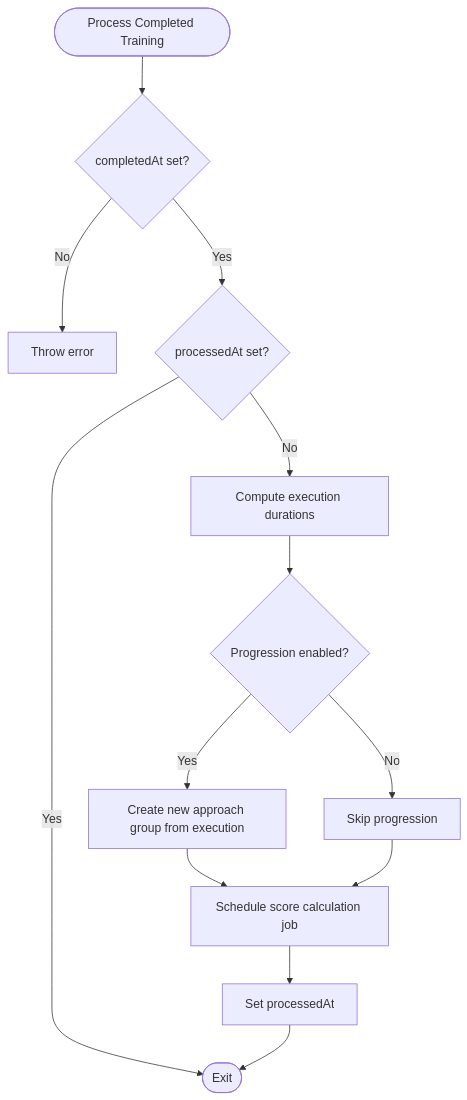
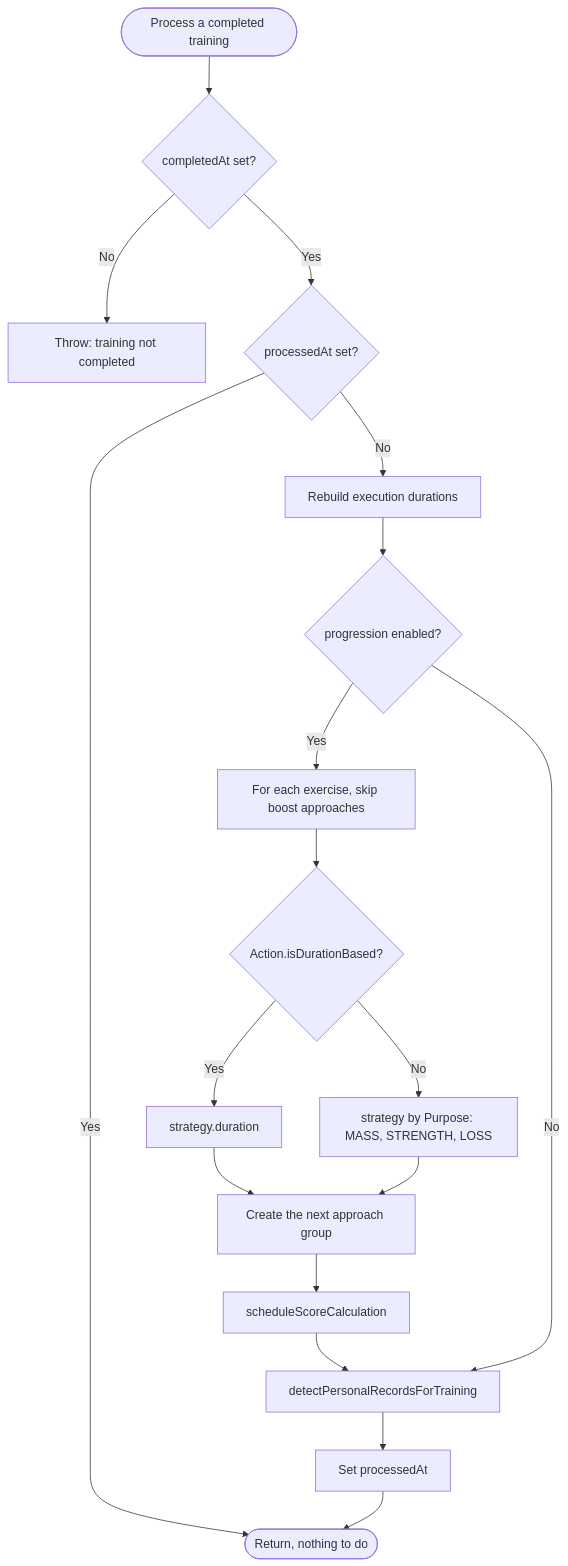
One commit to Dezzpil/meingym changed the sixth of 9 diagrams in .qoder/repowiki/en/content/Training Execution Flow.md. Above: the diagram before and after it, drawn with Mermaid. The commit also changed other lines of this file and 12 other files, not shown here.

````diff
--- a/.qoder/repowiki/en/content/Training Execution Flow.md
+++ b/.qoder/repowiki/en/content/Training Execution Flow.md
@@ -221,15 +421,20 @@
 ```mermaid
 flowchart TD
-Start(["Process Completed Training"]) --> Validate{"completedAt set?"}
-Validate --> |No| Error["Throw error"]
-Validate --> |Yes| CheckProcessed{"processedAt set?"}
-CheckProcessed --> |Yes| Exit(["Exit"])
-CheckProcessed --> |No| Durations["Compute execution durations"]
-Durations --> Progression{"Progression enabled?"}
-Progression --> |Yes| UpdateApproaches["Create new approach group from execution"]
-Progression --> |No| SkipProg["Skip progression"]
-UpdateApproaches --> Schedule["Schedule score calculation job"]
-SkipProg --> Schedule
-Schedule --> MarkProcessed["Set processedAt"]
-MarkProcessed --> Exit
+Start(["Process a completed training"]) --> Val{"completedAt set?"}
+Val --> |No| Err["Throw: training not completed"]
+Val --> |Yes| Proc{"processedAt set?"}
+Proc --> |Yes| Exit(["Return, nothing to do"])
+Proc --> |No| Dur["Rebuild execution durations"]
+Dur --> Prog{"progression enabled?"}
+Prog --> |Yes| Loop["For each exercise, skip boost approaches"]
+Loop --> Kind{"Action.isDurationBased?"}
+Kind --> |Yes| DStrat["strategy.duration"]
+Kind --> |No| Purpose["strategy by Purpose: MASS, STRENGTH, LOSS"]
+DStrat --> Create["Create the next approach group"]
+Purpose --> Create
+Create --> Score["scheduleScoreCalculation"]
+Score --> Records["detectPersonalRecordsForTraining"]
+Prog --> |No| Records
+Records --> Stamp["Set processedAt"]
+Stamp --> Exit
 ```
````
